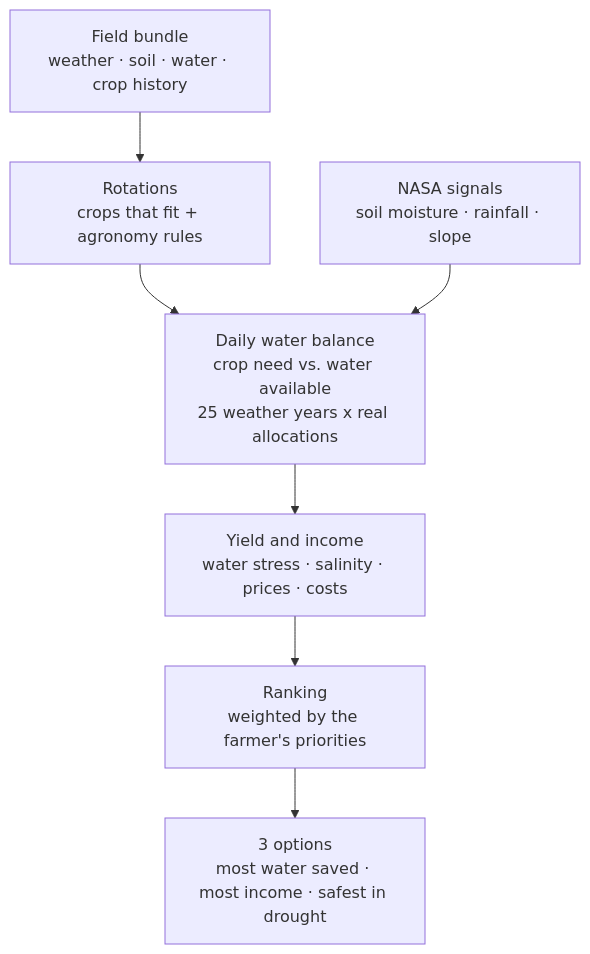
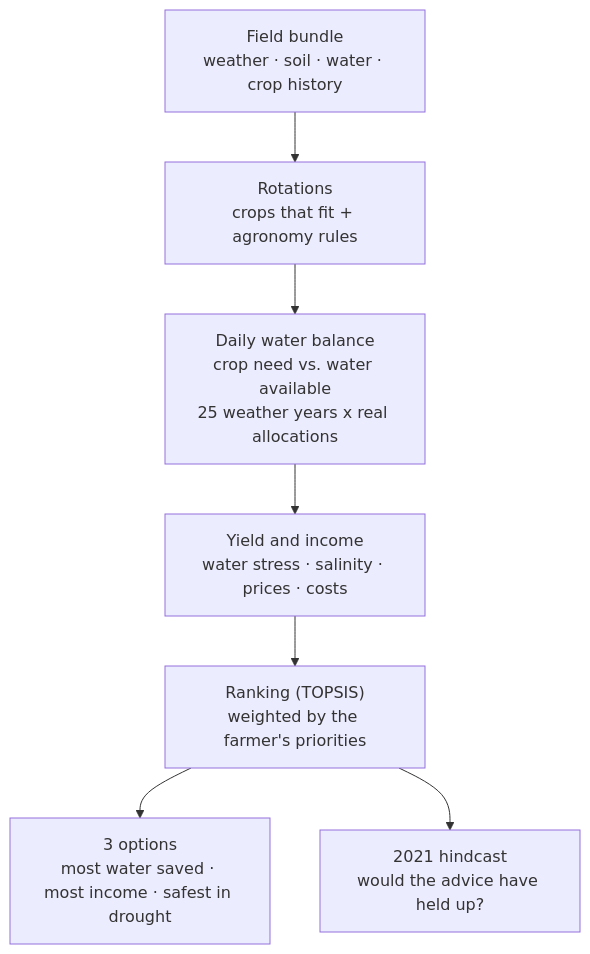
Before and after one commit to rs9459-dot/nasa-space-app-challenge: the second of 2 diagrams in README.md, drawn with Mermaid. The commit also changed other lines of this file, not shown here.

````diff
--- a/README.md
+++ b/README.md
@@ -62,9 +73,9 @@
 ```mermaid
 flowchart TD
     B["Field bundle<br/>weather · soil · water · crop history"] --> R["Rotations<br/>crops that fit + agronomy rules"]
     R --> WB["Daily water balance<br/>crop need vs. water available<br/>25 weather years x real allocations"]
     WB --> Y["Yield and income<br/>water stress · salinity · prices · costs"]
-    Y --> K["Ranking<br/>weighted by the farmer's priorities"]
-    S["NASA signals<br/>soil moisture · rainfall · slope"] --> WB
+    Y --> K["Ranking (TOPSIS)<br/>weighted by the farmer's priorities"]
     K --> O["3 options<br/>most water saved · most income · safest in drought"]
+    K --> H["2021 hindcast<br/>would the advice have held up?"]
 ```
````
